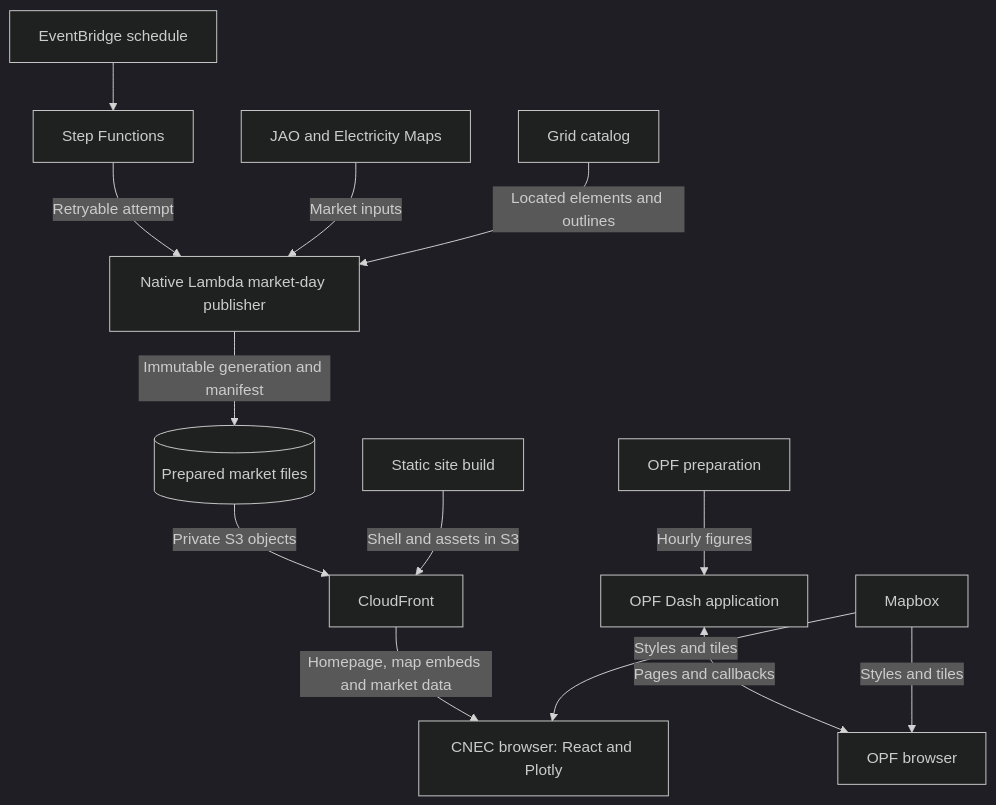
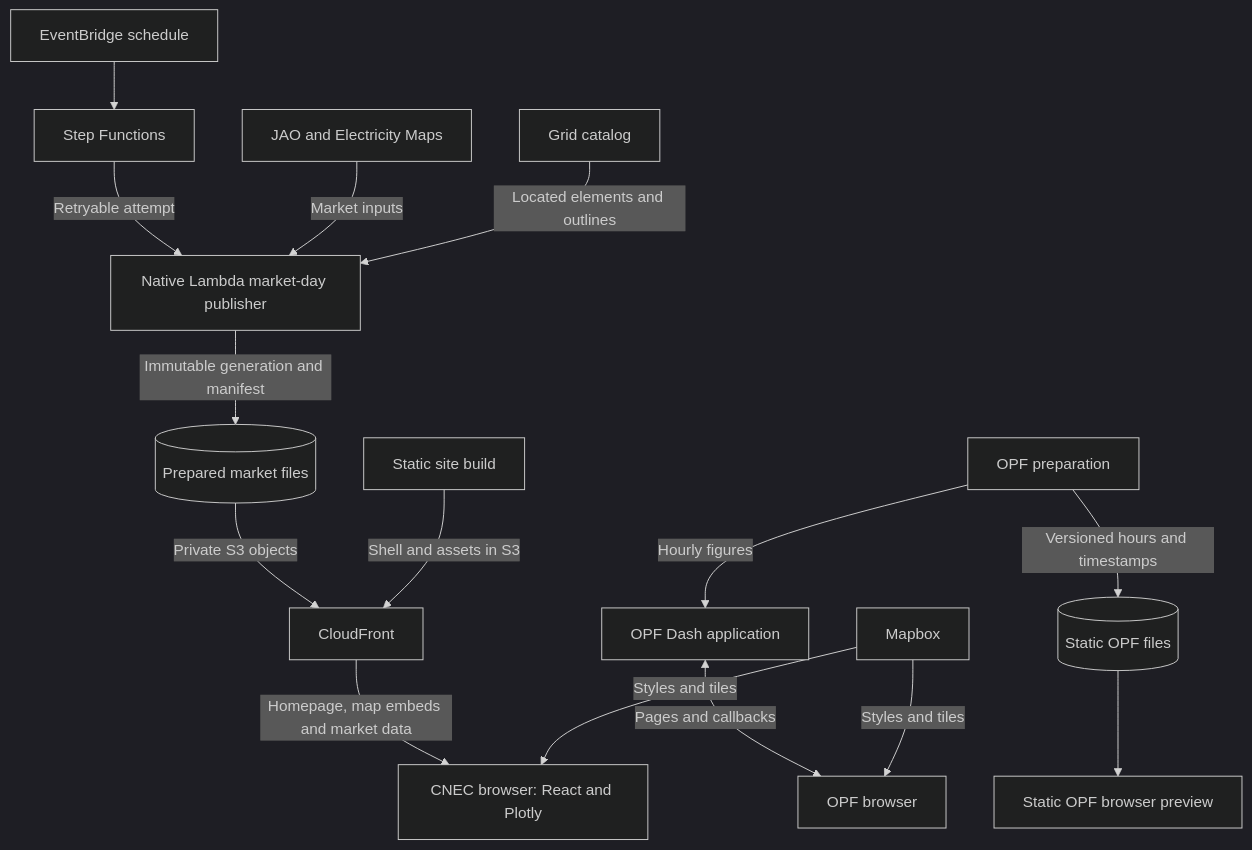
The diagram in README.md (zoltanmaric/coppersushi), drawn with Mermaid (dark theme) before and after one commit. The commit also changed 26 other files, not shown here.

````diff
--- a/README.md
+++ b/README.md
@@ -40,19 +40,21 @@
 ```mermaid
 flowchart TB
     schedule["EventBridge schedule"] --> workflow["Step Functions"]
     workflow -->|Retryable attempt| publication
     market["JAO and Electricity Maps"] -->|Market inputs| publication["Native Lambda market-day publisher"]
     catalog["Grid catalog"] -->|Located elements and outlines| publication
     publication -->|Immutable generation and manifest| prepared[("Prepared market files")]
     prepared -->|Private S3 objects| edge["CloudFront"]
     build["Static site build"] -->|Shell and assets in S3| edge
     edge -->|Homepage, map embeds and market data| browser["CNEC browser: React and Plotly"]
     opf["OPF preparation"] -->|Hourly figures| server["OPF Dash application"]
     server <-->|Pages and callbacks| opfbrowser["OPF browser"]
+    opf -->|Versioned hours and timestamps| opffiles[("Static OPF files")]
+    opffiles --> staticopf["Static OPF browser preview"]
     maps["Mapbox"] -->|Styles and tiles| browser
     maps -->|Styles and tiles| opfbrowser
     click catalog "https://github.com/zoltanmaric/coppersushi/blob/main/coppersushi/grid_catalog/README.md" "Grid catalog"
     click opf "https://github.com/zoltanmaric/coppersushi/blob/main/coppersushi/opf/README.md" "OPF"
     click publication "https://github.com/zoltanmaric/coppersushi/blob/main/coppersushi/publication/README.md" "Publication"
     click browser "https://github.com/zoltanmaric/coppersushi/blob/main/frontend/README.md" "CNEC browser"
 ```
````
